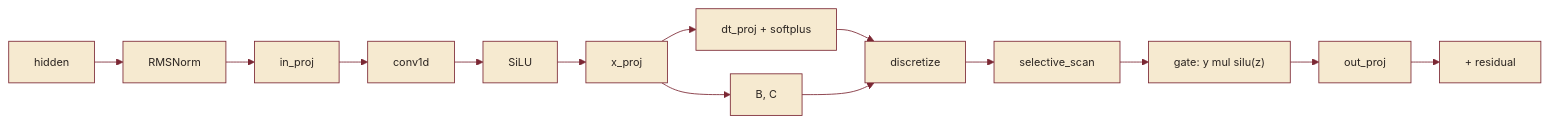
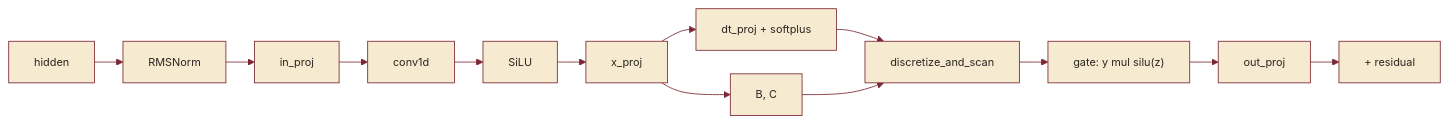
The diagram in docs/architecture/backbones.md (elprofesoriqo/FlowEdge), drawn with Mermaid before and after one commit. The commit also changed other lines of this file and 10 other files, not shown here.

````diff
--- a/docs/architecture/backbones.md
+++ b/docs/architecture/backbones.md
@@ -22,17 +22,16 @@
 ```{mermaid}
 %%{init: {'theme':'base','flowchart':{'htmlLabels':false,'nodeSpacing':28,'rankSpacing':34,'useMaxWidth':false},'themeVariables':{'primaryColor':'#f6ead0','primaryBorderColor':'#7b2733','lineColor':'#7b2733','primaryTextColor':'#2b2521','secondaryColor':'#eaddbf','tertiaryColor':'#faf3e2','fontFamily':'system-ui, -apple-system, Segoe UI, Roboto, sans-serif','fontSize':'13px'}}}%%
 graph LR
   X[hidden] --> N[RMSNorm]
   N --> IP[in_proj]
   IP --> CV[conv1d]
   CV --> SL[SiLU]
   SL --> XP[x_proj]
   XP --> DT["dt_proj + softplus"]
   XP --> BC["B, C"]
-  DT --> DS[discretize]
+  DT --> DS["discretize_and_scan"]
   BC --> DS
-  DS --> SS[selective_scan]
-  SS --> G["gate: y mul silu(z)"]
+  DS --> G["gate: y mul silu(z)"]
   G --> OP[out_proj]
   OP --> R["+ residual"]
 ```
````
